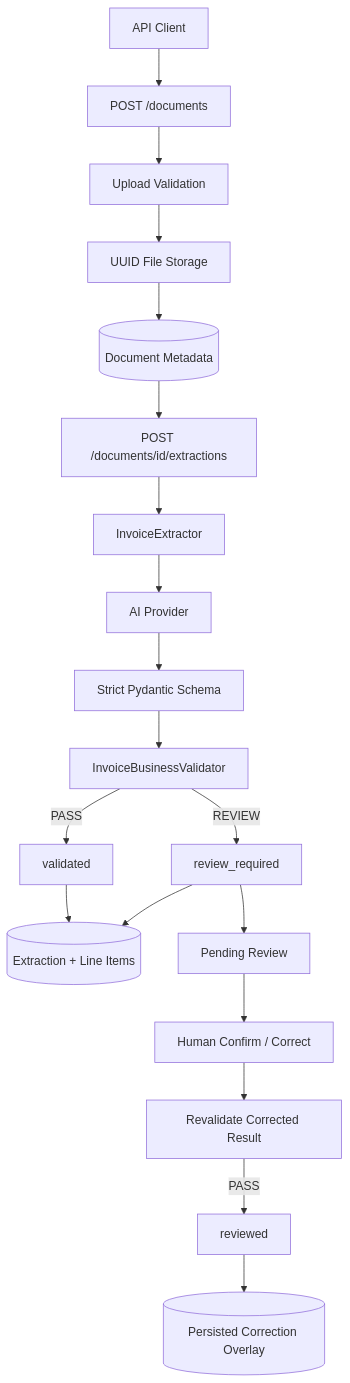
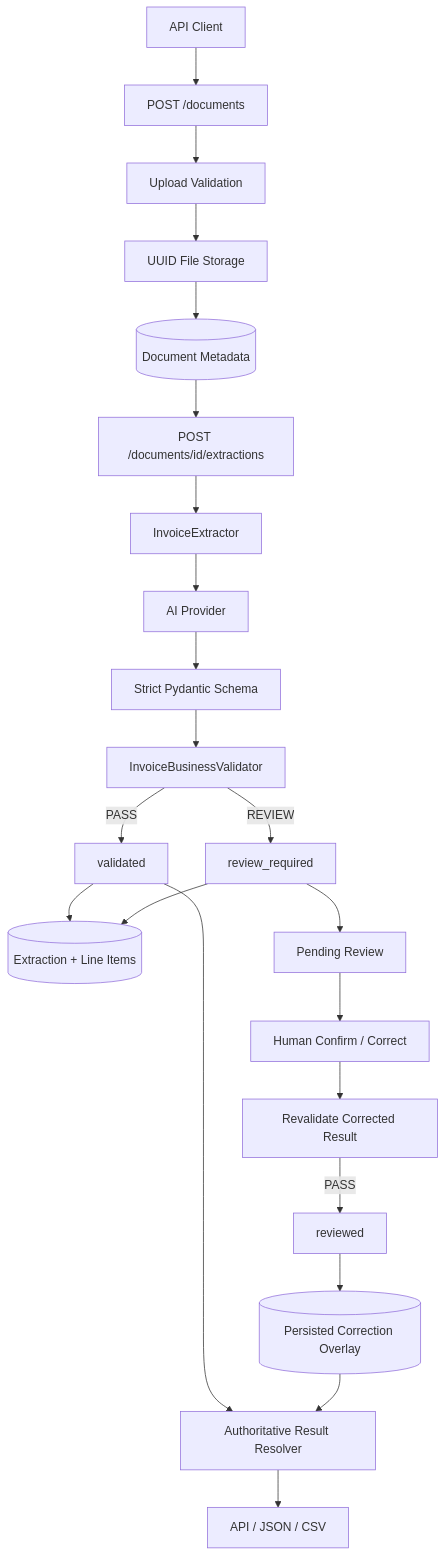
The diagram in README.md (mawellsy/ai-document-review), drawn with Mermaid before and after one commit. The commit also changed other lines of this file and 9 other files, not shown here.

Commit message:
feat: add authoritative result export

````diff
--- a/README.md
+++ b/README.md
@@ -53,21 +57,24 @@
 ```mermaid
 flowchart TD
     A[API Client] --> B[POST /documents]
     B --> C[Upload Validation]
     C --> D[UUID File Storage]
     D --> E[(Document Metadata)]
     E --> F[POST /documents/id/extractions]
     F --> G[InvoiceExtractor]
     G --> H[AI Provider]
     H --> I[Strict Pydantic Schema]
     I --> J[InvoiceBusinessValidator]
     J -->|PASS| K[validated]
     J -->|REVIEW| L[review_required]
     K --> M[(Extraction + Line Items)]
     L --> M
     L --> N[Pending Review]
     N --> O[Human Confirm / Correct]
     O --> P[Revalidate Corrected Result]
     P -->|PASS| Q[reviewed]
     Q --> R[(Persisted Correction Overlay)]
+    K --> S[Authoritative Result Resolver]
+    R --> S
+    S --> T[API / JSON / CSV]
 ```
````
